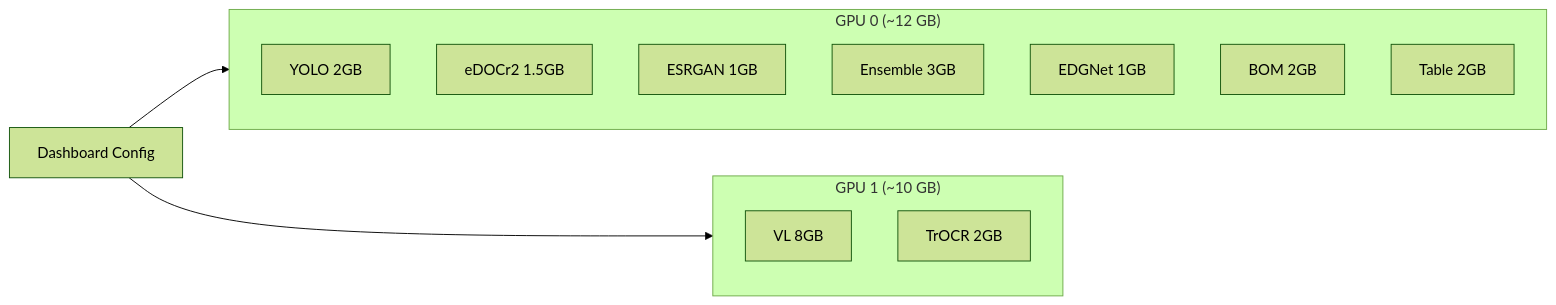
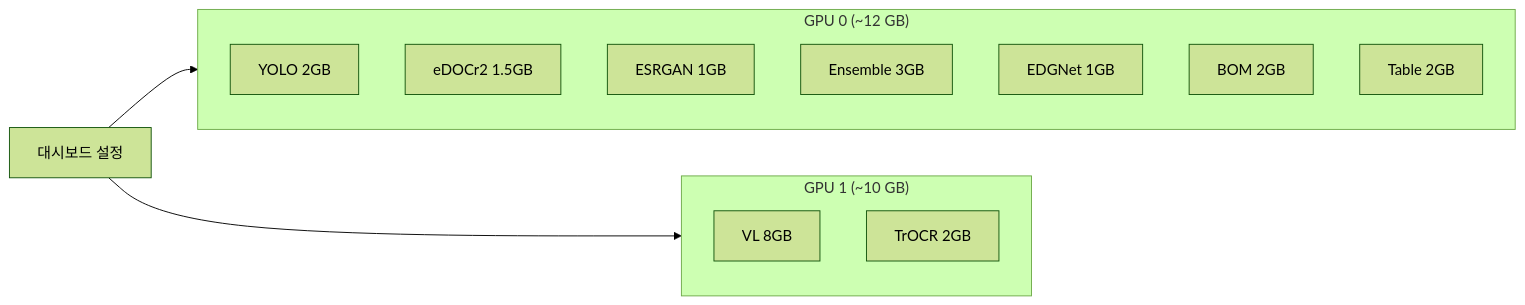
One commit to uprootai/AX_OCR changed the diagram in docs-site/docs/devops/gpu-config.md. Above: the diagram before and after it, drawn with Mermaid (forest theme). The commit also changed other lines of this file and 64 other files, not shown here.

````diff
--- a/docs-site/docs/devops/gpu-config.md
+++ b/docs-site/docs/devops/gpu-config.md
@@ -25,19 +25,19 @@
 ```mermaid
 flowchart LR
     subgraph GPU0["GPU 0 (~12 GB)"]
         YOLO["YOLO 2GB"]
         EDOCR["eDOCr2 1.5GB"]
         ESRGAN["ESRGAN 1GB"]
         ENS["Ensemble 3GB"]
         EDGNET["EDGNet 1GB"]
         BOM["BOM 2GB"]
         TABLE["Table 2GB"]
     end
 
     subgraph GPU1["GPU 1 (~10 GB)"]
         VL["VL 8GB"]
         TROCR["TrOCR 2GB"]
     end
 
-    CONFIG["Dashboard Config"] --> GPU0 & GPU1
+    CONFIG["대시보드 설정"] --> GPU0 & GPU1
 ```
````
